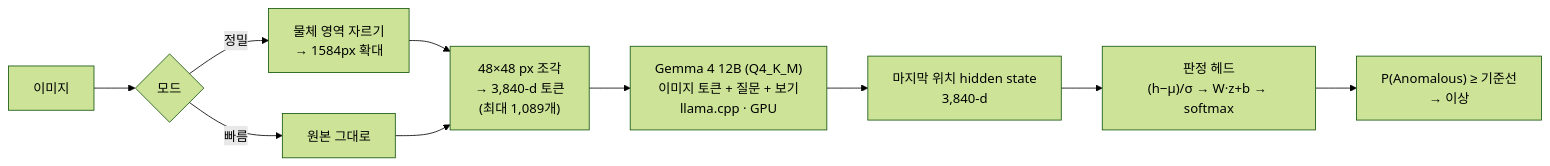
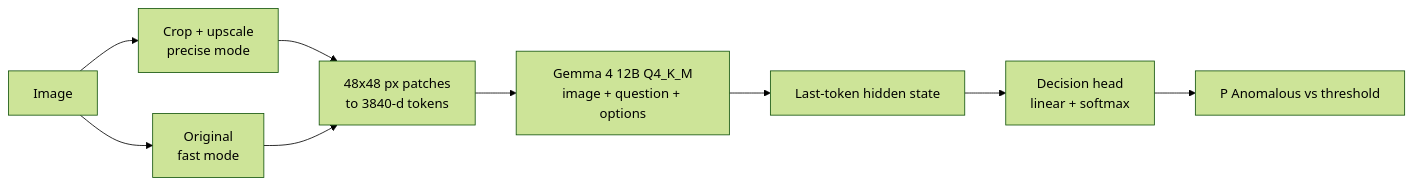
The diagram in README.md (ingon-kim/jev-anomaly), drawn with Mermaid (forest theme) before and after one commit. The commit also changed other lines of this file and 2 other files, not shown here.

````diff
--- a/README.md
+++ b/README.md
@@ -79,12 +79,11 @@
 ```mermaid
 flowchart LR
-    A["이미지"] --> B{"모드"}
-    B -- "정밀" --> C["물체 영역 자르기<br/>→ 1584px 확대"]
-    B -- "빠름" --> D["원본 그대로"]
-    C --> E["48×48 px 조각<br/>→ 3,840-d 토큰<br/>(최대 1,089개)"]
-    D --> E
-    E --> F["Gemma 4 12B (Q4_K_M)<br/>이미지 토큰 + 질문 + 보기<br/>llama.cpp · GPU"]
-    F --> G["마지막 위치 hidden state<br/>3,840-d"]
-    G --> H["판정 헤드<br/>(h−μ)/σ → W·z+b → softmax"]
-    H --> I["P(Anomalous) ≥ 기준선<br/>→ 이상"]
+    A[Image] --> B[Crop + upscale<br/>precise mode]
+    A --> C[Original<br/>fast mode]
+    B --> D[48x48 px patches<br/>to 3840-d tokens]
+    C --> D
+    D --> E[Gemma 4 12B Q4_K_M<br/>image + question + options]
+    E --> F[Last-token hidden state]
+    F --> G[Decision head<br/>linear + softmax]
+    G --> H[P Anomalous vs threshold]
 ```
````
